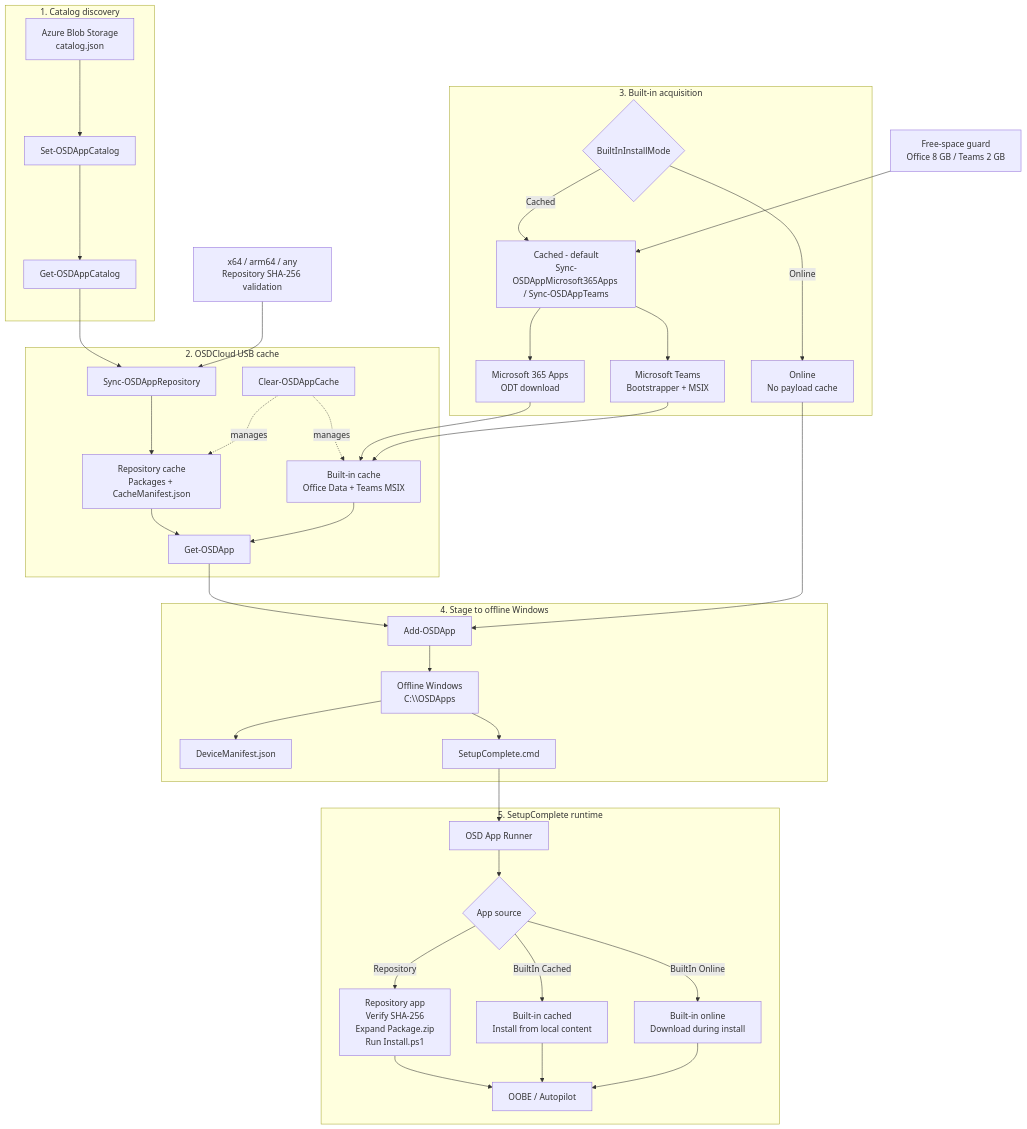
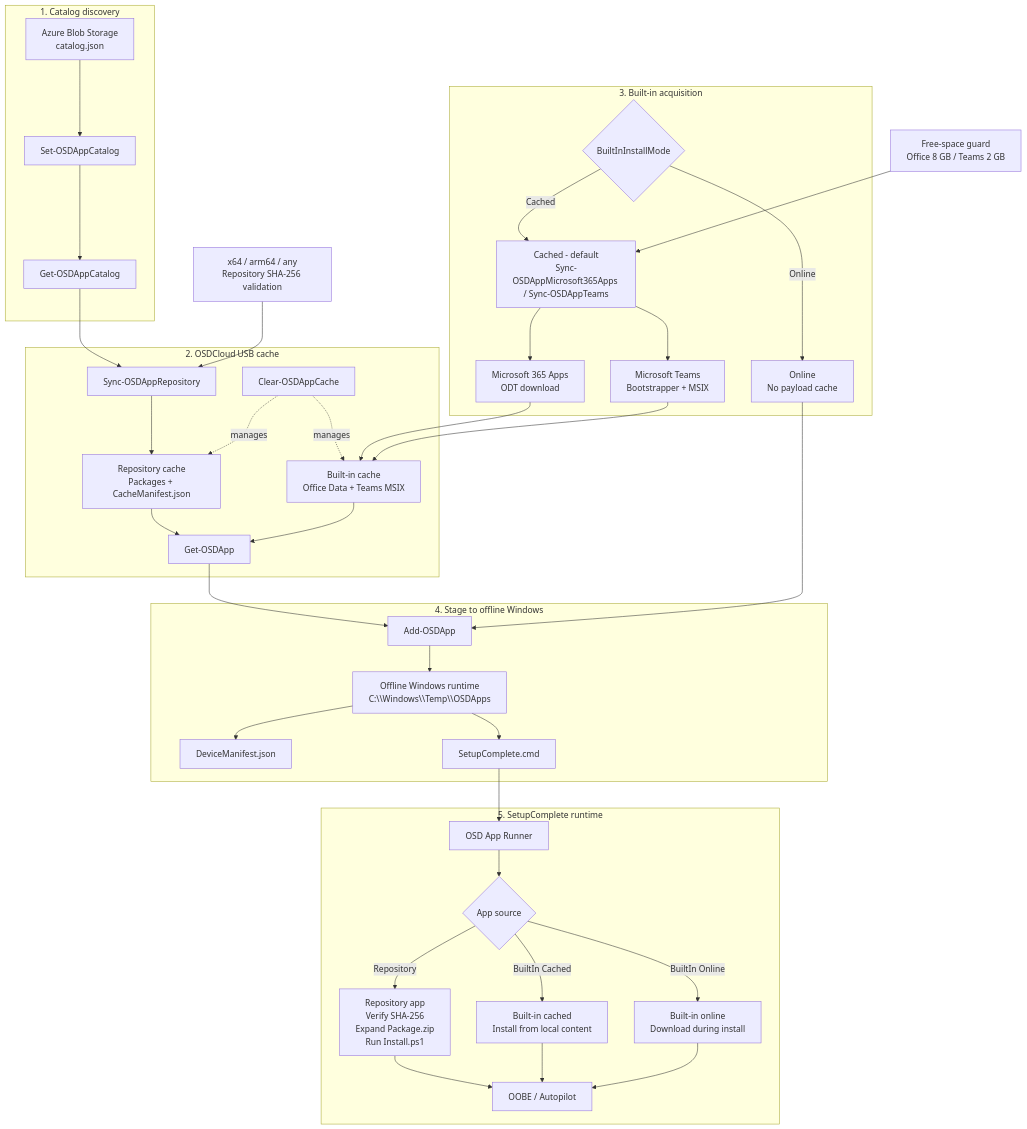
One commit to roryvossepoel/OSDAppClient changed the diagram in README.md. Above: the diagram before and after it, drawn with Mermaid. The commit also changed other lines of this file, not shown here.

Commit message:
Document temporary runtime storage and automatic cleanup

````diff
--- a/README.md
+++ b/README.md
@@ -10,74 +10,74 @@
 ```mermaid
 flowchart TB
     subgraph DISCOVERY["1. Catalog discovery"]
         A[Azure Blob Storage<br/>catalog.json]
         B[Set-OSDAppCatalog]
         C[Get-OSDAppCatalog]
         A --> B --> C
     end
 
     subgraph USB["2. OSDCloud USB cache"]
         D[Sync-OSDAppRepository]
         E[Repository cache<br/>Packages + CacheManifest.json]
         F[Built-in cache<br/>Office Data + Teams MSIX]
         G[Get-OSDApp]
         H[Clear-OSDAppCache]
 
         D --> E
         E --> G
         F --> G
         H -. manages .-> E
         H -. manages .-> F
     end
 
     subgraph BUILTINS["3. Built-in acquisition"]
         I{BuiltInInstallMode}
         J[Cached - default<br/>Sync-OSDAppMicrosoft365Apps / Sync-OSDAppTeams]
         K[Online<br/>No payload cache]
         L[Microsoft 365 Apps<br/>ODT download]
         M[Microsoft Teams<br/>Bootstrapper + MSIX]
 
         I -->|Cached| J
         I -->|Online| K
         J --> L
         J --> M
         L --> F
         M --> F
     end
 
     subgraph STAGE["4. Stage to offline Windows"]
         N[Add-OSDApp]
-        O[Offline Windows<br/>C:\\OSDApps]
+        O[Offline Windows runtime<br/>C:\\Windows\\Temp\\OSDApps]
         P[DeviceManifest.json]
         Q[SetupComplete.cmd]
 
         N --> O
         O --> P
         O --> Q
     end
 
     subgraph RUNTIME["5. SetupComplete runtime"]
         R[OSD App Runner]
         S{App source}
         T[Repository app<br/>Verify SHA-256<br/>Expand Package.zip<br/>Run Install.ps1]
         U[Built-in cached<br/>Install from local content]
         V[Built-in online<br/>Download during install]
         W[OOBE / Autopilot]
 
         R --> S
         S -->|Repository| T
         S -->|BuiltIn Cached| U
         S -->|BuiltIn Online| V
         T --> W
         U --> W
         V --> W
     end
 
     C --> D
     G --> N
     K --> N
     Q --> R
 
     X[x64 / arm64 / any<br/>Repository SHA-256 validation] --> D
     Y[Free-space guard<br/>Office 8 GB / Teams 2 GB] --> J
 ```
````
